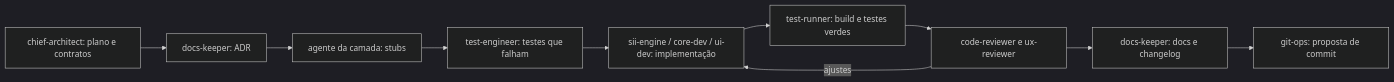
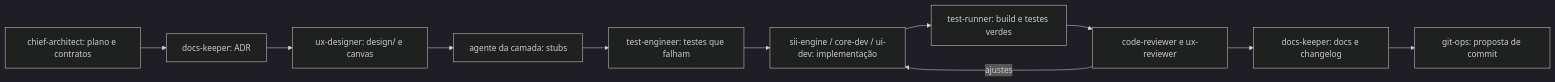
One commit to enxadadev/own-expeditor changed the diagram in docs/ai-workflow.md. Above: the diagram before and after it, drawn with Mermaid (dark theme). The commit also changed other lines of this file and 8 other files, not shown here.

````diff
--- a/docs/ai-workflow.md
+++ b/docs/ai-workflow.md
@@ -76,12 +77,13 @@
 ```mermaid
 flowchart LR
     A[chief-architect: plano e contratos] --> B[docs-keeper: ADR]
-    B --> C[agente da camada: stubs]
+    B --> U[ux-designer: design/ e canvas]
+    U --> C[agente da camada: stubs]
     C --> D[test-engineer: testes que falham]
     D --> E[sii-engine / core-dev / ui-dev: implementação]
     E --> F[test-runner: build e testes verdes]
     F --> G[code-reviewer e ux-reviewer]
     G -->|ajustes| E
     G --> H[docs-keeper: docs e changelog]
     H --> I[git-ops: proposta de commit]
 ```
````
